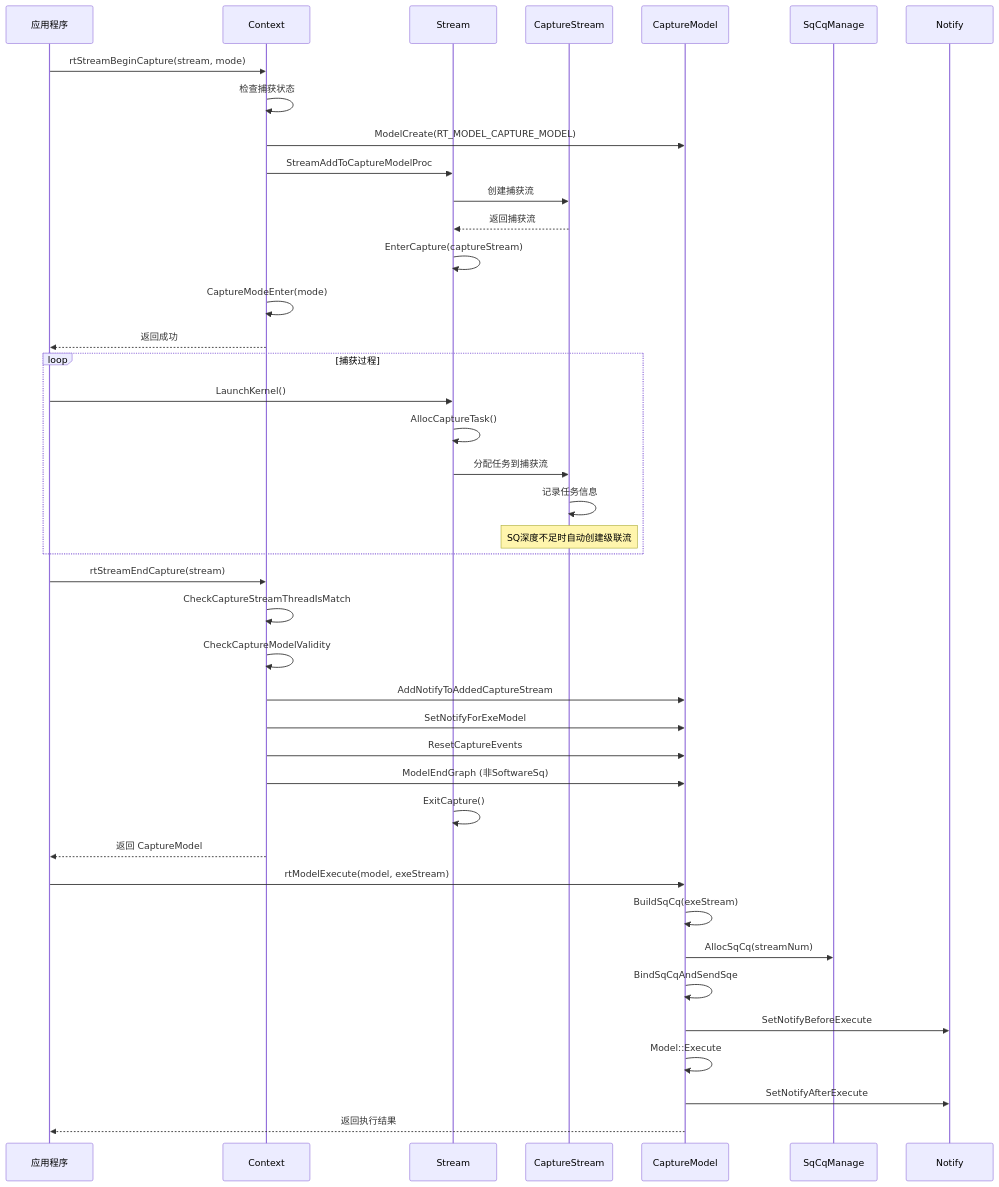
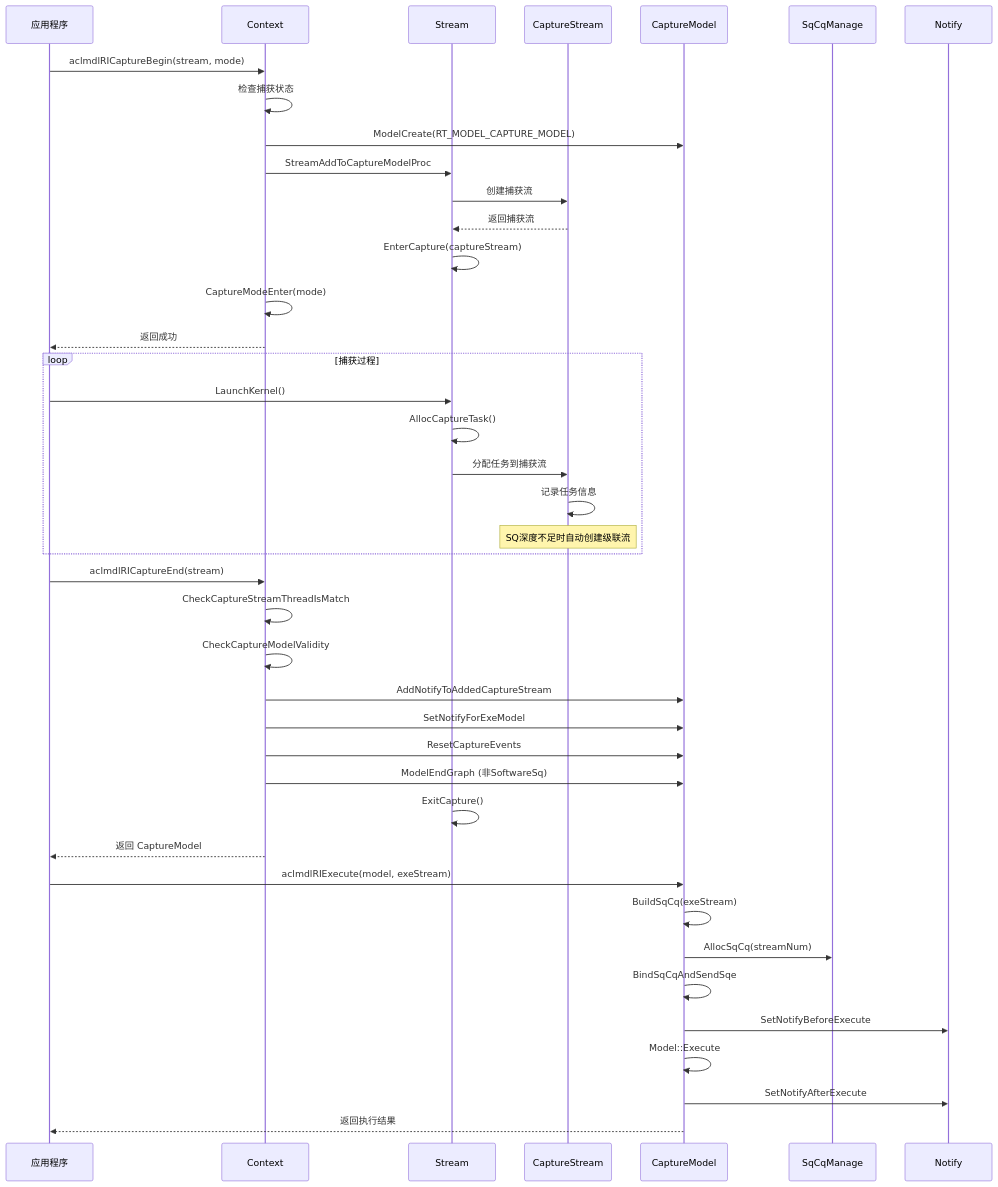
One commit to 18liumin/runtime changed the second of 15 diagrams in docs/design/features/aclgraph.md. Above: the diagram before and after it, drawn with Mermaid. The commit also changed other lines of this file, not shown here.

````diff
--- a/docs/design/features/aclgraph.md
+++ b/docs/design/features/aclgraph.md
@@ -189,47 +262,47 @@
 ```mermaid
 sequenceDiagram
     participant App as 应用程序
     participant Context as Context
     participant Stream as Stream
     participant CaptureStream as CaptureStream
     participant CaptureModel as CaptureModel
     participant SqCq as SqCqManage
     participant Notify as Notify
 
-    App->>Context: rtStreamBeginCapture(stream, mode)
+    App->>Context: aclmdlRICaptureBegin(stream, mode)
     Context->>Context: 检查捕获状态
     Context->>CaptureModel: ModelCreate(RT_MODEL_CAPTURE_MODEL)
     Context->>Stream: StreamAddToCaptureModelProc
     Stream->>CaptureStream: 创建捕获流
     CaptureStream-->>Stream: 返回捕获流
     Stream->>Stream: EnterCapture(captureStream)
     Context->>Context: CaptureModeEnter(mode)
     Context-->>App: 返回成功
 
     loop 捕获过程
         App->>Stream: LaunchKernel()
         Stream->>Stream: AllocCaptureTask()
         Stream->>CaptureStream: 分配任务到捕获流
         CaptureStream->>CaptureStream: 记录任务信息
         Note over CaptureStream: SQ深度不足时自动创建级联流
     end
 
-    App->>Context: rtStreamEndCapture(stream)
+    App->>Context: aclmdlRICaptureEnd(stream)
     Context->>Context: CheckCaptureStreamThreadIsMatch
     Context->>Context: CheckCaptureModelValidity
     Context->>CaptureModel: AddNotifyToAddedCaptureStream
     Context->>CaptureModel: SetNotifyForExeModel
     Context->>CaptureModel: ResetCaptureEvents
     Context->>CaptureModel: ModelEndGraph (非SoftwareSq)
     Stream->>Stream: ExitCapture()
     Context-->>App: 返回 CaptureModel
 
-    App->>CaptureModel: rtModelExecute(model, exeStream)
+    App->>CaptureModel: aclmdlRIExecute(model, exeStream)
     CaptureModel->>CaptureModel: BuildSqCq(exeStream)
     CaptureModel->>SqCq: AllocSqCq(streamNum)
     CaptureModel->>CaptureModel: BindSqCqAndSendSqe
     CaptureModel->>Notify: SetNotifyBeforeExecute
     CaptureModel->>CaptureModel: Model::Execute
     CaptureModel->>Notify: SetNotifyAfterExecute
     CaptureModel-->>App: 返回执行结果
 ```
````
